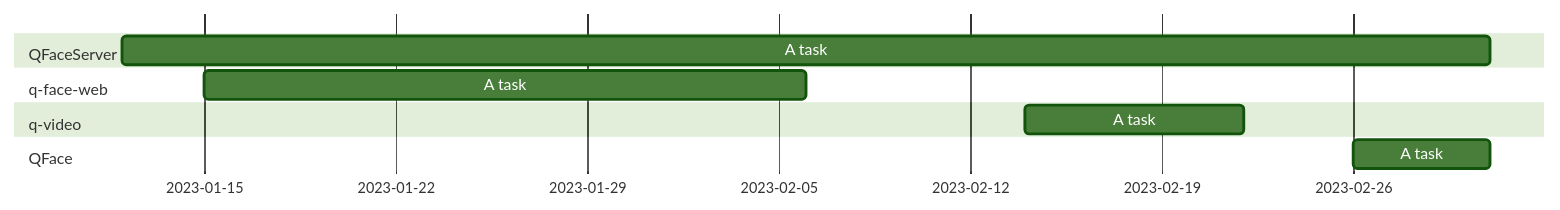
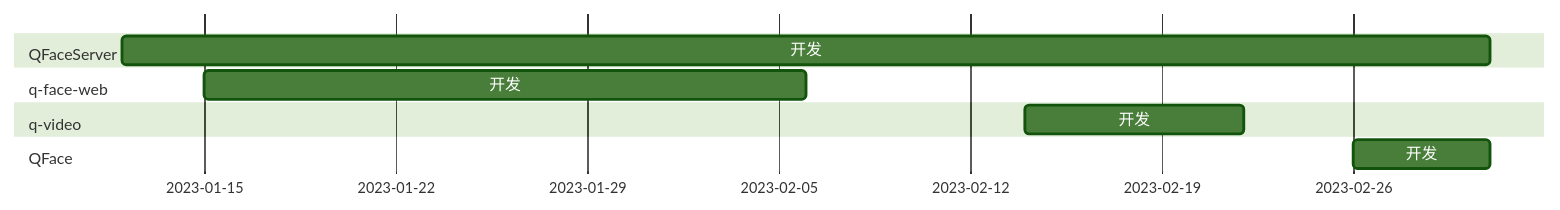
The third of 3 diagrams in profile/README.md (Face-recognition-punching-system/.github), drawn with Mermaid (forest theme) before and after one commit.

````diff
--- a/profile/README.md
+++ b/profile/README.md
@@ -76,16 +76,16 @@
 ```mermaid
 gantt
 dateFormat YYYY-MM-DD
 
 section QFaceServer
-A task           :a1, 2023-01-12, 50d
+开发:a1, 2023-01-12, 50d
 
 section q-face-web
-A task           :a1, 2023-01-15, 22d
+开发:a1, 2023-01-15, 22d
 
 section q-video
-A task           :a1, 2023-02-14, 8d
+开发:a1, 2023-02-14, 8d
 
 section QFace
-A task           :a1, 2023-02-26, 5d
+开发:a1, 2023-02-26, 5d
 ```
````
